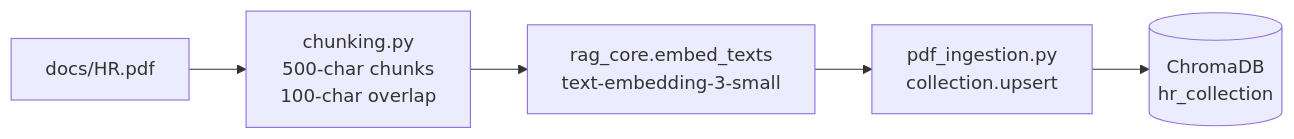
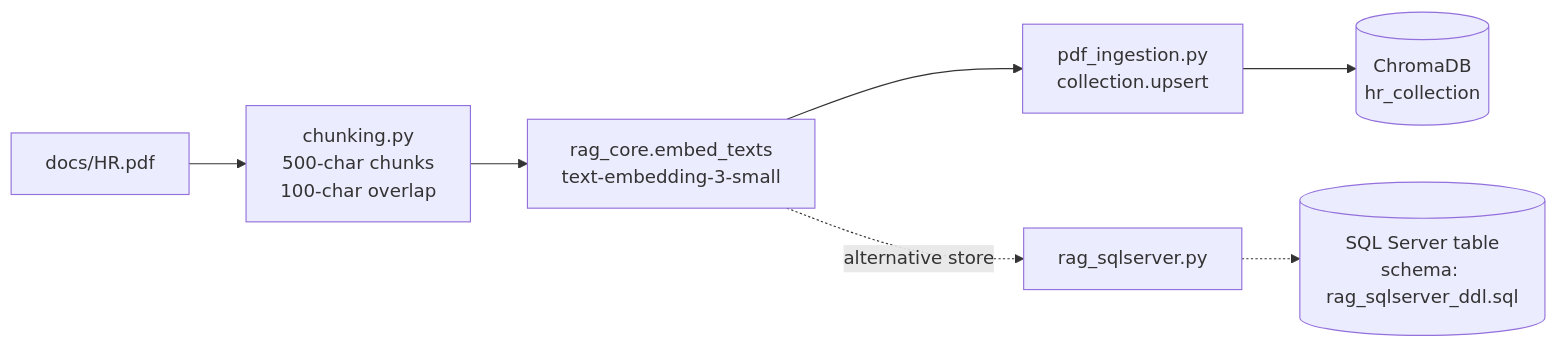
The second of 5 diagrams in README.md (KiranGunturu/agentic-rag), drawn with Mermaid before and after one commit. The commit also changed other lines of this file, not shown here.

````diff
--- a/README.md
+++ b/README.md
@@ -38,7 +70,9 @@
 ```mermaid
 flowchart LR
     PDF["docs/HR.pdf"] --> Chunk["chunking.py<br/>500-char chunks<br/>100-char overlap"]
     Chunk --> Embed["rag_core.embed_texts<br/>text-embedding-3-small"]
     Embed --> Upsert["pdf_ingestion.py<br/>collection.upsert"]
     Upsert --> DB[("ChromaDB<br/>hr_collection")]
+    Embed -. "alternative store" .-> SQL["rag_sqlserver.py"]
+    SQL -.-> SQLDB[("SQL Server table<br/>schema: rag_sqlserver_ddl.sql")]
 ```
````
